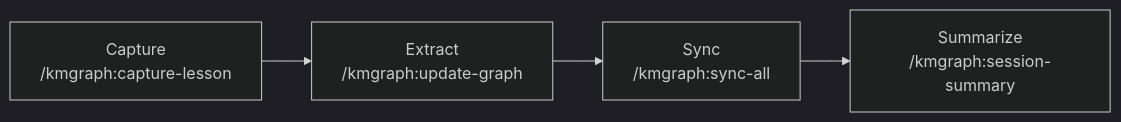
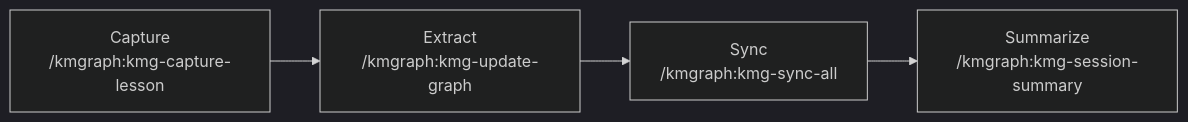
The diagram in docs/quickstart.mdx (technomensch/knowledge-graph), drawn with Mermaid (dark theme) before and after one commit. The commit also changed other lines of this file and 58 other files, not shown here.

````diff
--- a/docs/quickstart.mdx
+++ b/docs/quickstart.mdx
@@ -108,6 +108,6 @@
 ```mermaid
 graph LR
-    A["Capture\n/kmgraph:capture-lesson"] --> B["Extract\n/kmgraph:update-graph"]
-    B --> C["Sync\n/kmgraph:sync-all"]
-    C --> D["Summarize\n/kmgraph:session-summary"]
+    A["Capture\n/kmgraph:kmg-capture-lesson"] --> B["Extract\n/kmgraph:kmg-update-graph"]
+    B --> C["Sync\n/kmgraph:kmg-sync-all"]
+    C --> D["Summarize\n/kmgraph:kmg-session-summary"]
 ```
````
